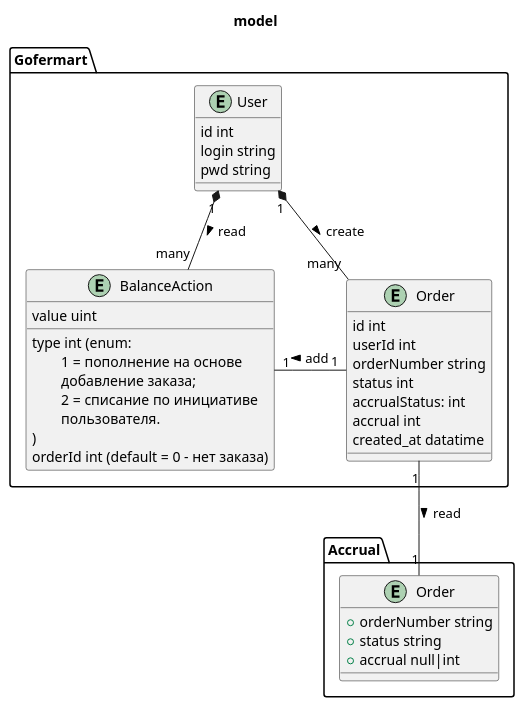
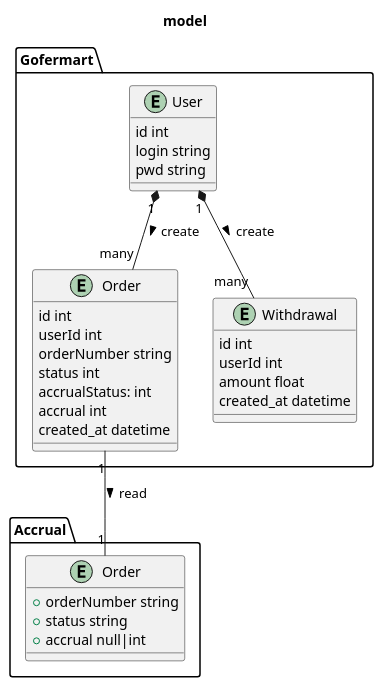
One commit to smamykin/gofermart changed the second of 3 diagrams in DRAFT.md. Above: the diagram before and after it, drawn with PlantUML. The commit also changed other lines of this file and 1 other file, not shown here.

````diff
--- a/DRAFT.md
+++ b/DRAFT.md
@@ -49,46 +49,54 @@
 ```puml
 @startuml
 
 title model
 namespace Gofermart {
     entity "User" as U {
         id int
         login string
         pwd string
     }
     entity "Order" as O1 {
         id int
         userId int
         orderNumber string
         status int
         accrualStatus: int
         accrual int
-        created_at datatime
+        created_at datetime
     }
-    entity "BalanceAction" as BA {
-        value uint
-        type int (enum: \n\
-        1 = пополнение на основе\n\
-        добавление заказа;\n\
-        2 = списание по инициативе\n\
-        пользователя.\n)
-        orderId int (default = 0 - нет заказа)
+'    entity "BalanceAction" as BA {
+'        value uint
+'        type int (enum: \n\
+'        1 = пополнение на основе\n\
+'        добавление заказа;\n\
+'        2 = списание по инициативе\n\
+'        пользователя.\n)
+'        orderId int (default = 0 - нет заказа)
+'    }
+    
+    entity "Withdrawal" as W {
+        id int
+        userId int
+        amount float
+        created_at datetime
     }
 }
 
 namespace Accrual {
     entity "Order" as O2 {
         + orderNumber string
         + status string
         + accrual null|int
     }
 }
 
 U "1" *-d- "many" O1 : create >
-U "1" *-d- "many" BA : read >
-O1 "1" -l- "1" BA : add >
+'U "1" *-d- "many" BA : read >
+'O1 "1" -l- "1" BA : add >
+U "1" *-d- "many" W : create >
 
 O1 "1"--"1" O2 : read >
 
 @enduml
 ```
````
